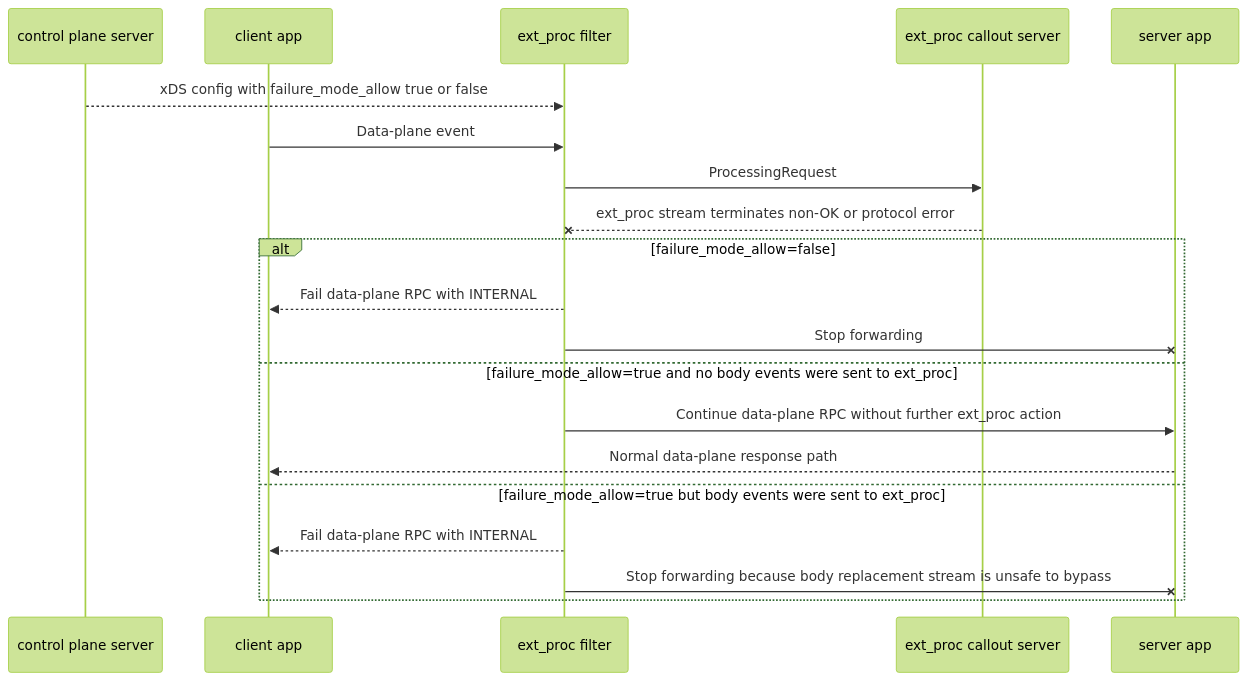
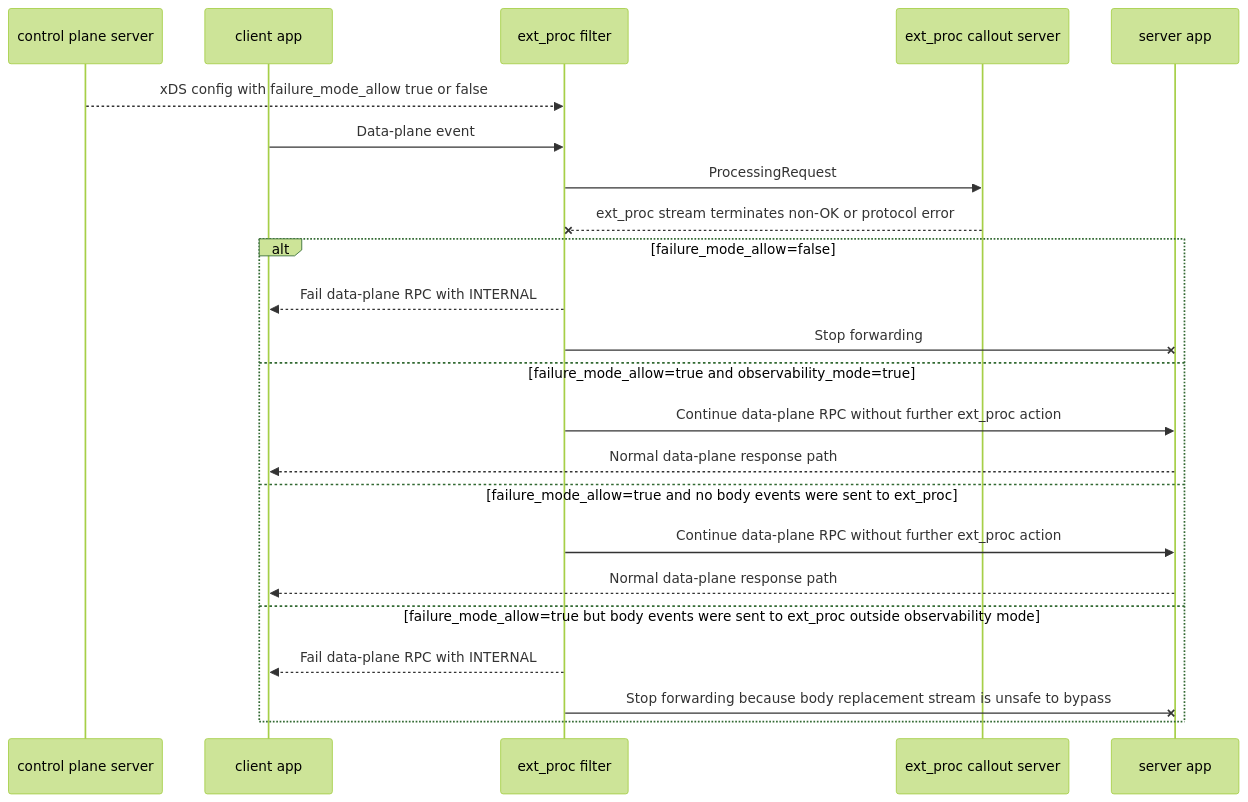
One commit to ran-su/ext_proc_spec changed the eighth of 16 diagrams in a93_ext_proc_data_flows.md. Above: the diagram before and after it, drawn with Mermaid (forest theme). The commit also changed other lines of this file and 3 other files, not shown here.

Commit message:
Clarify ext_proc failure-mode and header-routing rules

````diff
--- a/a93_ext_proc_data_flows.md
+++ b/a93_ext_proc_data_flows.md
@@ -272,24 +272,27 @@
 ```mermaid
 sequenceDiagram
     participant CP as control plane server
     participant Client as client app
     participant Filter as ext_proc filter
     participant EP as ext_proc callout server
     participant Server as server app
 
     CP-->>Filter: xDS config with failure_mode_allow true or false
     Client->>Filter: Data-plane event
     Filter->>EP: ProcessingRequest
     EP--xFilter: ext_proc stream terminates non-OK or protocol error
 
     alt failure_mode_allow=false
         Filter-->>Client: Fail data-plane RPC with INTERNAL
         Filter-xServer: Stop forwarding
+    else failure_mode_allow=true and observability_mode=true
+        Filter->>Server: Continue data-plane RPC without further ext_proc action
+        Server-->>Client: Normal data-plane response path
     else failure_mode_allow=true and no body events were sent to ext_proc
         Filter->>Server: Continue data-plane RPC without further ext_proc action
         Server-->>Client: Normal data-plane response path
-    else failure_mode_allow=true but body events were sent to ext_proc
+    else failure_mode_allow=true but body events were sent to ext_proc outside observability mode
         Filter-->>Client: Fail data-plane RPC with INTERNAL
         Filter-xServer: Stop forwarding because body replacement stream is unsafe to bypass
     end
 ```
````
